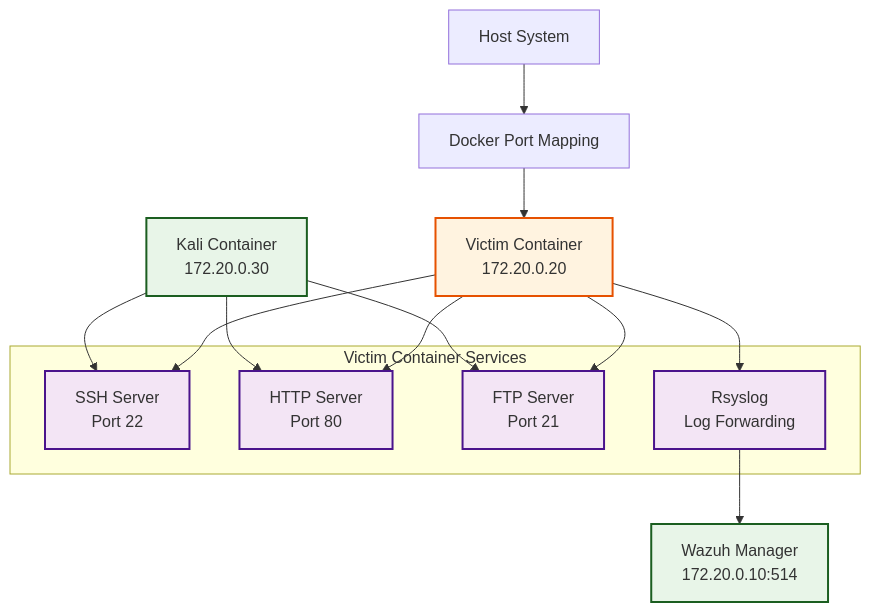
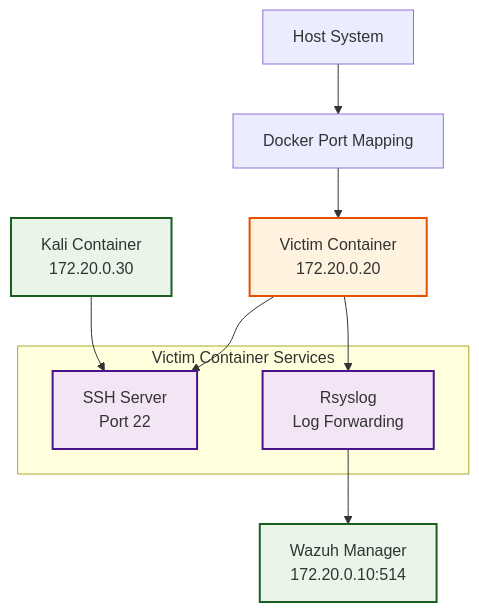
The diagram in docs/components/victim-containers.md (PaloAltoNetworks/shifter), drawn with Mermaid before and after one commit. The commit also changed other lines of this file and 15 other files, not shown here.

````diff
--- a/docs/components/victim-containers.md
+++ b/docs/components/victim-containers.md
@@ -19,30 +18,24 @@
 ```mermaid
 flowchart TD
     A[Host System] --> B[Docker Port Mapping]
     B --> C[Victim Container<br/>172.20.0.20]
     
     subgraph "Victim Container Services"
         D[SSH Server<br/>Port 22]
-        E[HTTP Server<br/>Port 80]
-        F[FTP Server<br/>Port 21]
         G[Rsyslog<br/>Log Forwarding]
     end
     
     C --> D
-    C --> E
-    C --> F
     C --> G
     
     G --> H[Wazuh Manager<br/>172.20.0.10:514]
     I[Kali Container<br/>172.20.0.30] --> D
-    I --> E
-    I --> F
     
     classDef victim fill:#fff3e0,stroke:#e65100,stroke-width:2px
     classDef services fill:#f3e5f5,stroke:#4a148c,stroke-width:2px
     classDef external fill:#e8f5e8,stroke:#1b5e20,stroke-width:2px
     
     class C victim
     class D,E,F,G services
     class H,I external
 ```
````
